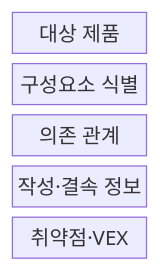
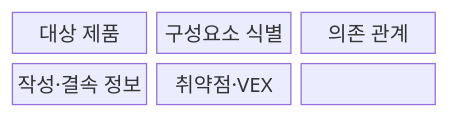
The first of 2 diagrams in src/content/docs/notes/08-latest-tech/187_sbom.md (agnusdei1207/knowledge-base), drawn with Mermaid before and after one commit. The commit also changed other lines of this file and 228 other files, not shown here.

````diff
--- a/src/content/docs/notes/08-latest-tech/187_sbom.md
+++ b/src/content/docs/notes/08-latest-tech/187_sbom.md
@@ -50,9 +49,11 @@
 ```mermaid
 block-beta
-  columns 1
-  A["대상 제품"]
-  B["구성요소 식별"]
-  C["의존 관계"]
-  D["작성·결속 정보"]
-  E["취약점·VEX"]
+  columns 3
+  N0["대상 제품"]
+  N1["구성요소 식별"]
+  N2["의존 관계"]
+  N3["작성·결속 정보"]
+  N4["취약점·VEX"]
+  N0 --- N1 --- N2
+  N2 --- N3 --- N4
 ```
````
